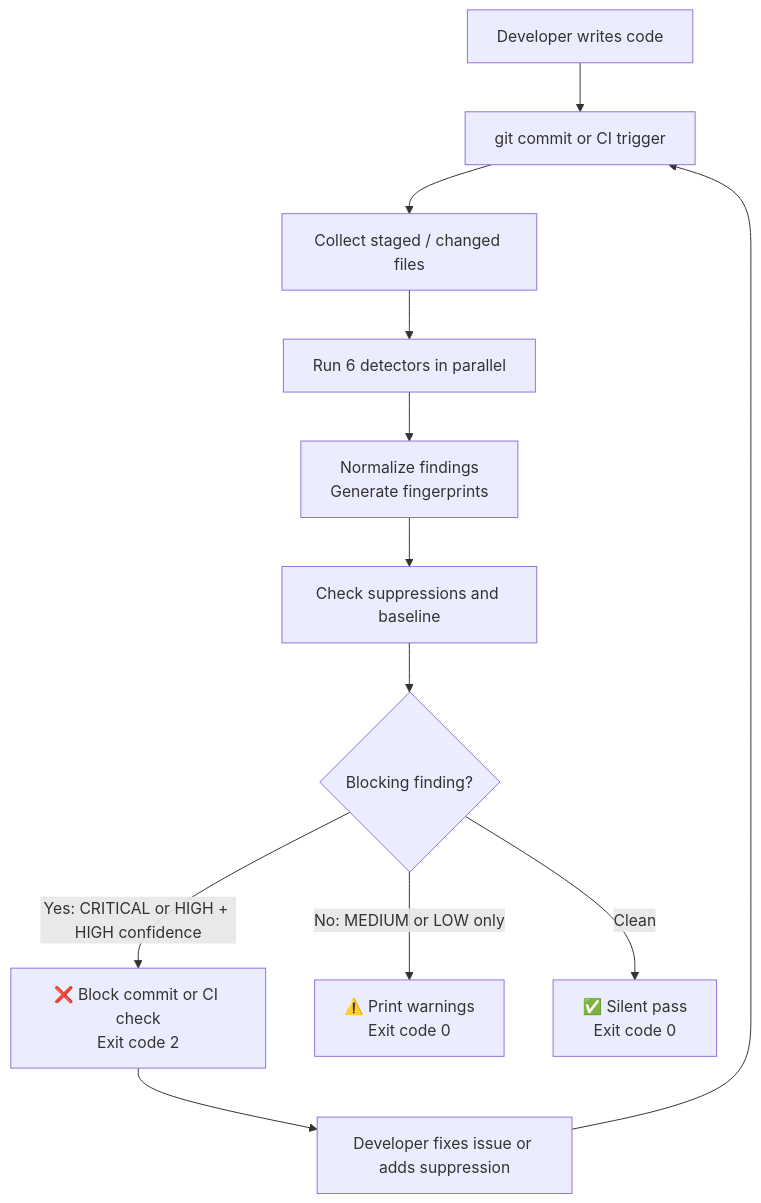
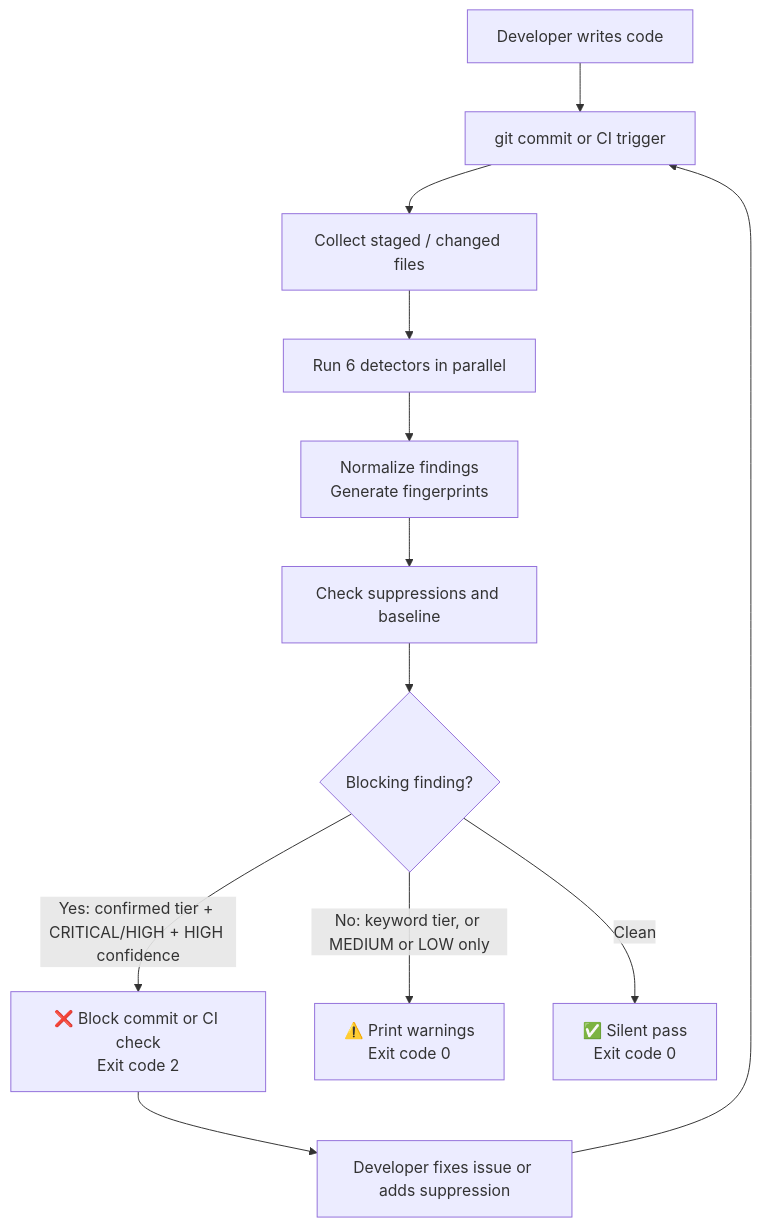
One commit to mukta2701/privacy-review-agent changed the first of 6 diagrams in README.md. Above: the diagram before and after it, drawn with Mermaid. The commit also changed other lines of this file and 1 other file, not shown here.

````diff
--- a/README.md
+++ b/README.md
@@ -53,14 +53,14 @@
 ```mermaid
 flowchart TD
     A[Developer writes code] --> B[git commit or CI trigger]
     B --> C[Collect staged / changed files]
     C --> D[Run 6 detectors in parallel]
     D --> E[Normalize findings\nGenerate fingerprints]
     E --> F[Check suppressions and baseline]
     F --> G{Blocking finding?}
-    G -- Yes: CRITICAL or HIGH + HIGH confidence --> H[❌ Block commit or CI check\nExit code 2]
-    G -- No: MEDIUM or LOW only --> I[⚠️ Print warnings\nExit code 0]
+    G -- Yes: confirmed tier + CRITICAL/HIGH + HIGH confidence --> H[❌ Block commit or CI check\nExit code 2]
+    G -- No: keyword tier, or MEDIUM or LOW only --> I[⚠️ Print warnings\nExit code 0]
     G -- Clean --> J[✅ Silent pass\nExit code 0]
     H --> K[Developer fixes issue or adds suppression]
     K --> B
 ```
````
